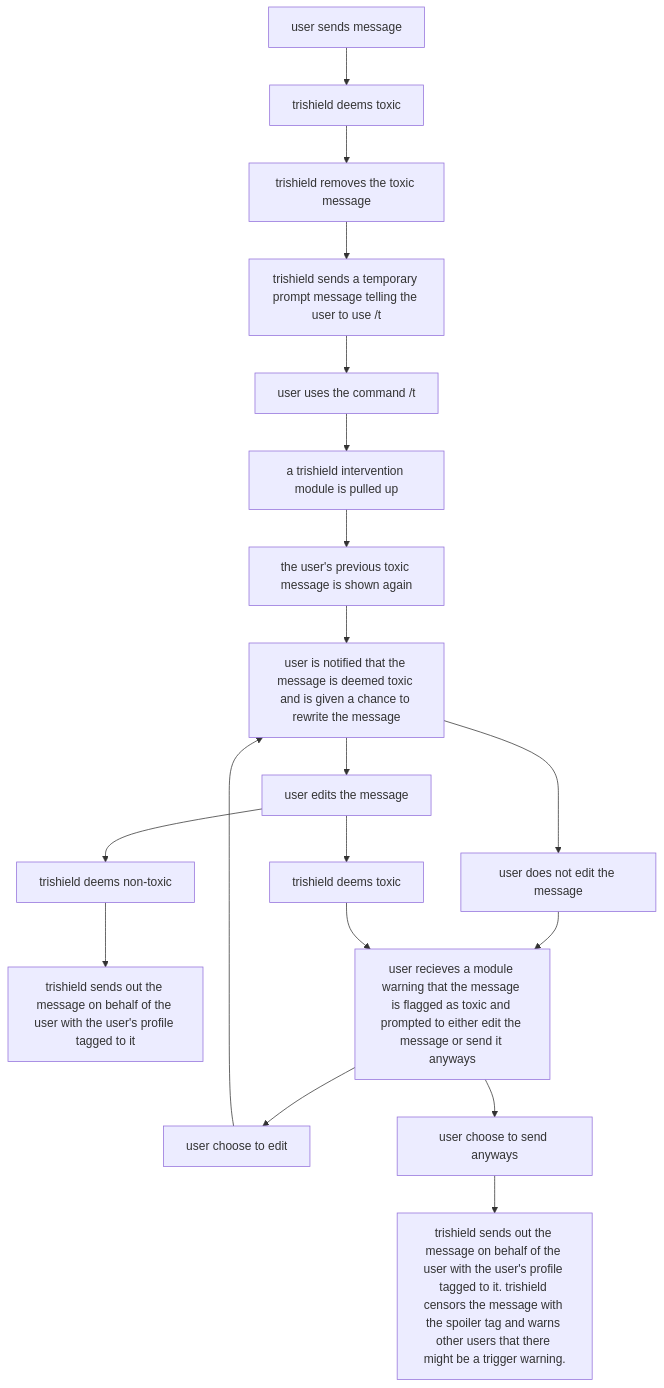
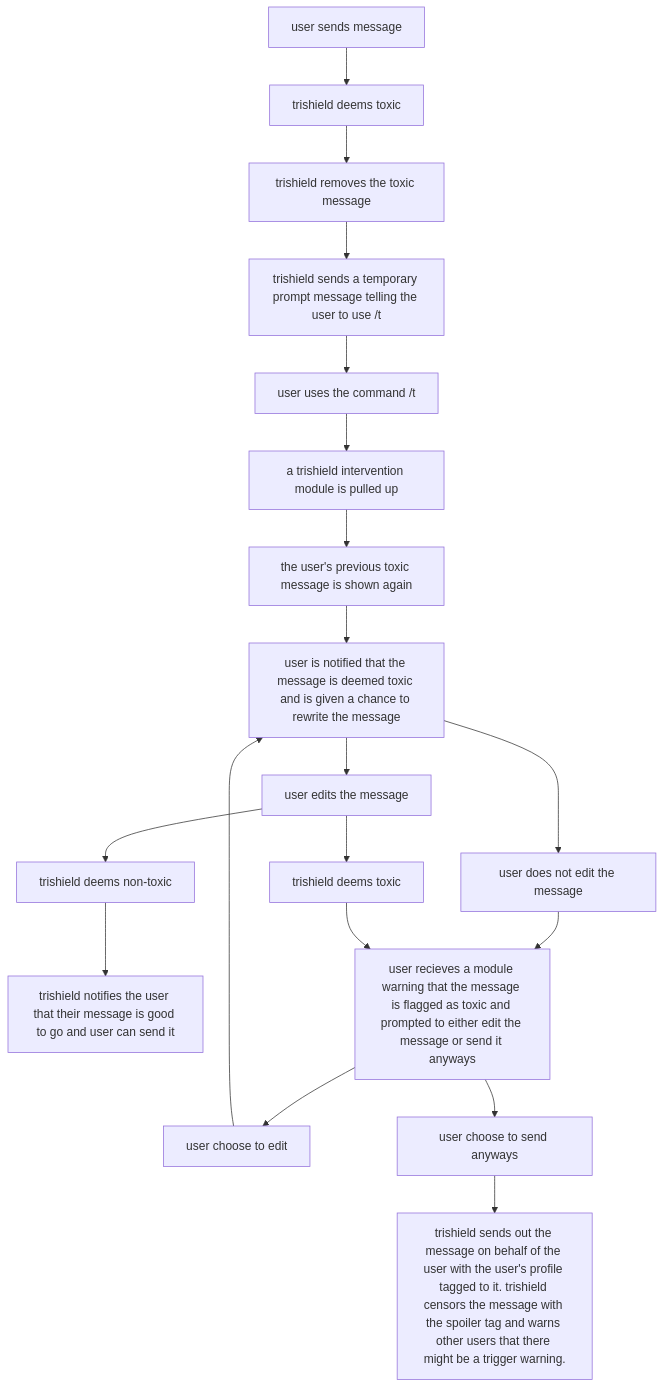
Before and after one commit to Faith-Tan-Jia-Yi/trishield: the second of 2 diagrams in README.md, drawn with Mermaid.

Commit message:
Update README.md
edited the diagram

````diff
--- a/README.md
+++ b/README.md
@@ -57,22 +57,22 @@
 ```mermaid
 graph TD;
     A[user sends message]-->B[trishield deems toxic];
     B[trishield deems toxic]-->C[trishield removes the toxic message];
     C[trishield removes the toxic message]-->D[trishield sends a temporary prompt message telling the user to use /t];
     D[trishield sends a temporary prompt message telling the user to use /t]-->E[user uses the command /t];
     E[user uses the command /t]-->F[a trishield intervention module is pulled up];
     F[a trishield intervention module is pulled up]-->G[the user's previous toxic message is shown again];
     G[the user's previous toxic message is shown again]-->H[user is notified that the message is deemed toxic and is given a chance to rewrite the message];
     H[user is notified that the message is deemed toxic and is given a chance to rewrite the message]-->I[user edits the message];
     H[user is notified that the message is deemed toxic and is given a chance to rewrite the message]-->J[user does not edit the message];
     I[user edits the message]-->L[trishield deems toxic]
     I[user edits the message]-->M[trishield deems non-toxic]
-    M[trishield deems non-toxic]-->N[trishield sends out the message on behalf of the user with the user's profile tagged to it]
+    M[trishield deems non-toxic]-->N[trishield notifies the user that their message is good to go and user can send it]
     J[user does not edit the message]-->K[user recieves a module warning that the message is flagged as toxic and prompted to either edit the message or send it anyways]
     L[trishield deems toxic]-->K[user recieves a module warning that the message is flagged as toxic and prompted to either edit the message or send it anyways]
    K[user recieves a module warning that the message is flagged as toxic and prompted to either edit the message or send it anyways]-->O[user choose to edit]
    O[user choose to edit]-->H[user is notified that the message is deemed toxic and is given a chance to rewrite the message]
    K[user recieves a module warning that the message is flagged as toxic and prompted to either edit the message or send it anyways]-->Q[user choose to send anyways]
    Q[user choose to send anyways]-->R[trishield sends out the message on behalf of the user with the user's profile tagged to it. trishield censors the message with the spoiler tag and warns other users that there might be a trigger warning.]
 
 ```
````
